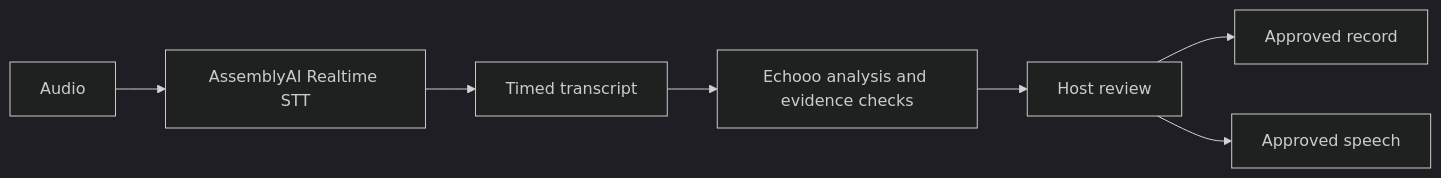
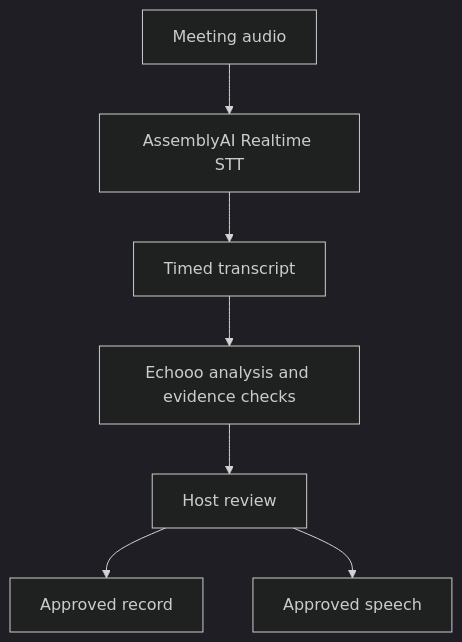
The diagram in README.md (jastfkjg/Echooo), drawn with Mermaid (dark theme) before and after one commit. The commit also changed other lines of this file, not shown here.

````diff
--- a/README.md
+++ b/README.md
@@ -36,9 +40,9 @@
 ```mermaid
-flowchart LR
-    Audio --> AssemblyAI[AssemblyAI Realtime STT]
+flowchart TB
+    Audio[Meeting audio] --> AssemblyAI[AssemblyAI Realtime STT]
     AssemblyAI --> Transcript[Timed transcript]
     Transcript --> Echooo[Echooo analysis and evidence checks]
     Echooo --> Review[Host review]
     Review --> Record[Approved record]
     Review --> Speech[Approved speech]
 ```
````
